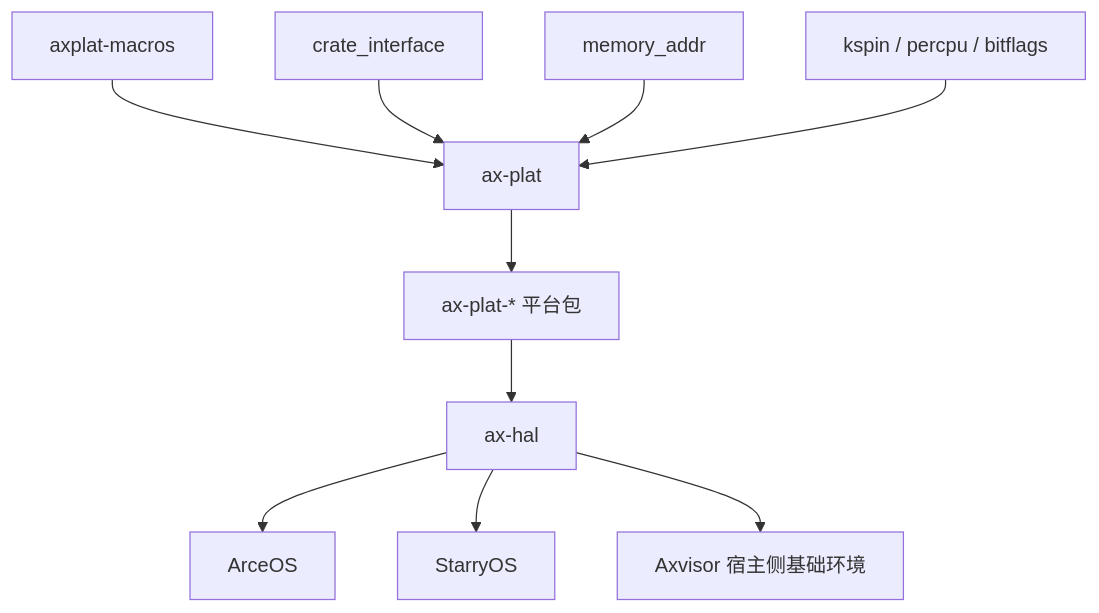
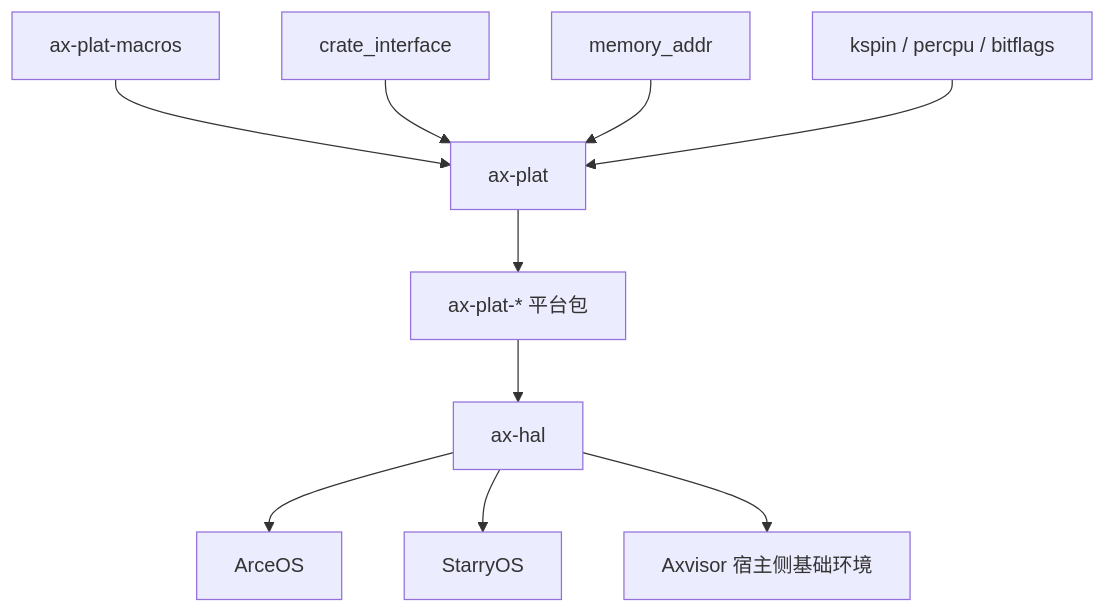
The second of 2 diagrams in docs/crates/ax-plat.md (zKurisu/tgoskits), drawn with Mermaid before and after one commit. The commit also changed other lines of this file and 23 other files, not shown here.

Commit message:
rename axplat-macros to ax-plat-macros

````diff
--- a/docs/crates/ax-plat.md
+++ b/docs/crates/ax-plat.md
@@ -206,13 +206,13 @@
 ```mermaid
 graph TD
-    A[axplat-macros] --> B[ax-plat]
+    A[ax-plat-macros] --> B[ax-plat]
     C[crate_interface] --> B
     D[memory_addr] --> B
     E[kspin / percpu / bitflags] --> B
 
     B --> F[ax-plat-* 平台包]
     F --> G[ax-hal]
     G --> H[ArceOS]
     G --> I[StarryOS]
     G --> J[Axvisor 宿主侧基础环境]
 ```
````
